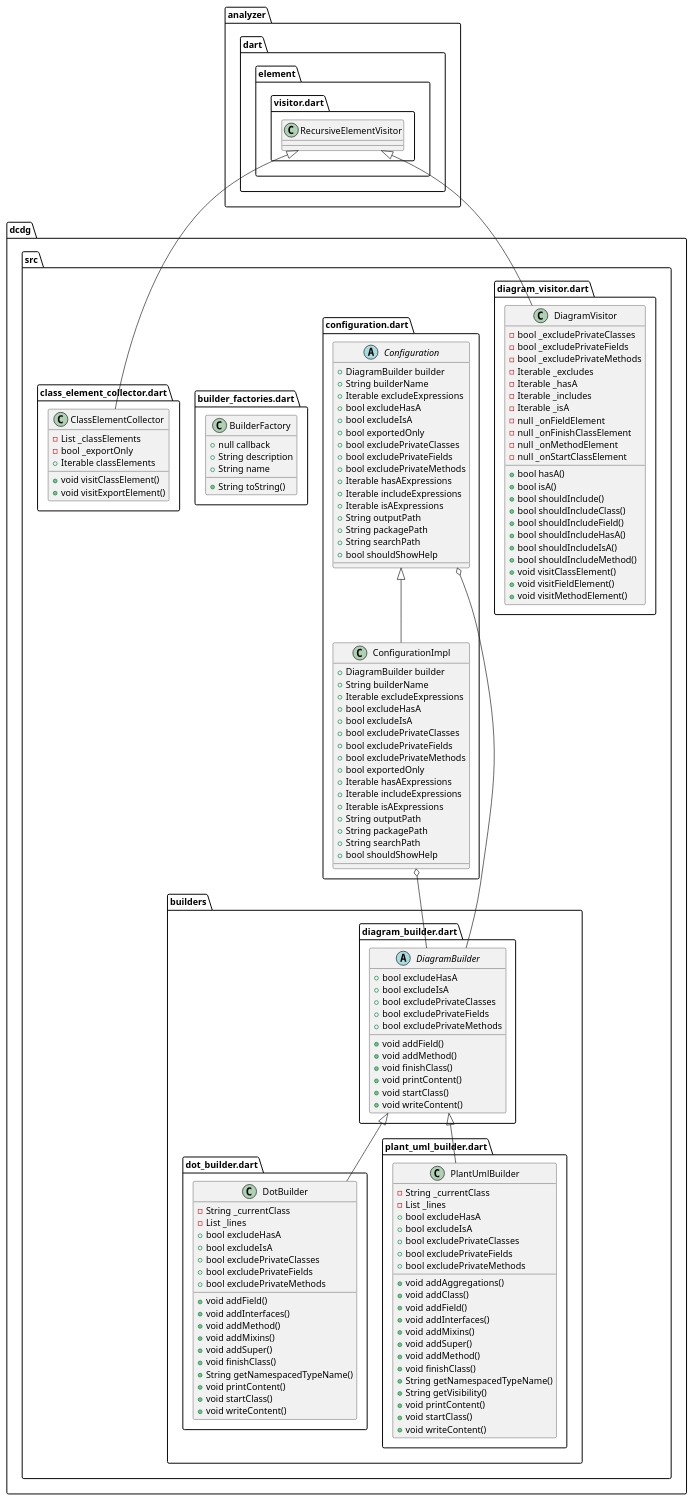
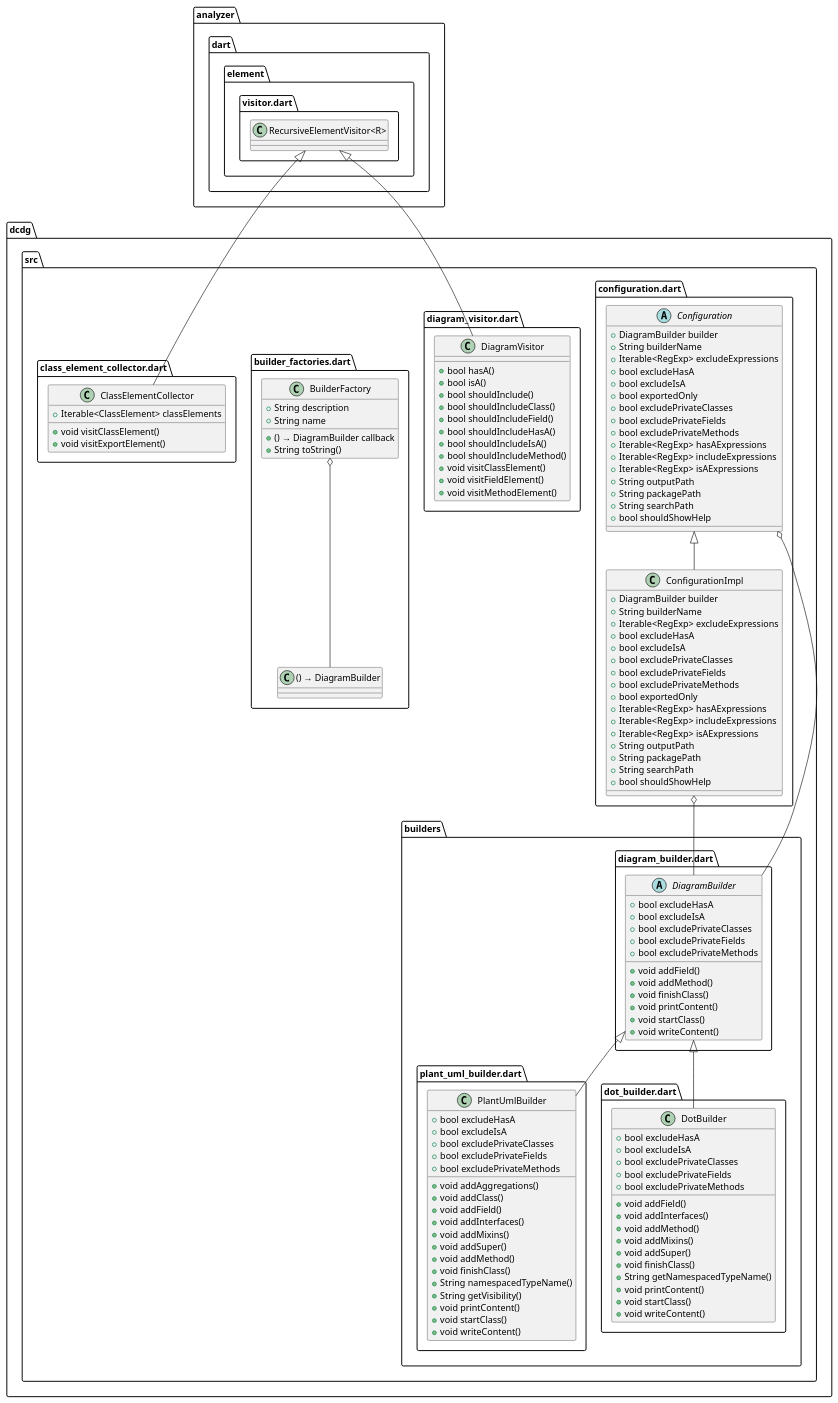
Before and after one commit to glesica/dcdg.dart: the diagram in example/dcdg.puml, drawn with PlantUML. The commit also changed 4 other files, not shown here.

```diff
--- a/example/dcdg.puml
+++ b/example/dcdg.puml
@@ -1,162 +1,146 @@
 @startuml
 set namespaceSeparator ::
 
-class dcdg::src::diagram_visitor.dart::DiagramVisitor {
-  -bool _excludePrivateClasses
-  -bool _excludePrivateFields
-  -bool _excludePrivateMethods
-  -Iterable _excludes
-  -Iterable _hasA
-  -Iterable _includes
-  -Iterable _isA
-  -null _onFieldElement
-  -null _onFinishClassElement
-  -null _onMethodElement
-  -null _onStartClassElement
+abstract class "dcdg::src::configuration.dart::Configuration" {
+  +DiagramBuilder builder
+  +String builderName
+  +Iterable<RegExp> excludeExpressions
+  +bool excludeHasA
+  +bool excludeIsA
+  +bool exportedOnly
+  +bool excludePrivateClasses
+  +bool excludePrivateFields
+  +bool excludePrivateMethods
+  +Iterable<RegExp> hasAExpressions
+  +Iterable<RegExp> includeExpressions
+  +Iterable<RegExp> isAExpressions
+  +String outputPath
+  +String packagePath
+  +String searchPath
+  +bool shouldShowHelp
+}
+
+"dcdg::src::configuration.dart::Configuration" o-- "dcdg::src::builders::diagram_builder.dart::DiagramBuilder"
+
+
+class "dcdg::src::configuration.dart::ConfigurationImpl" {
+  +DiagramBuilder builder
+  +String builderName
+  +Iterable<RegExp> excludeExpressions
+  +bool excludeHasA
+  +bool excludeIsA
+  +bool excludePrivateClasses
+  +bool excludePrivateFields
+  +bool excludePrivateMethods
+  +bool exportedOnly
+  +Iterable<RegExp> hasAExpressions
+  +Iterable<RegExp> includeExpressions
+  +Iterable<RegExp> isAExpressions
+  +String outputPath
+  +String packagePath
+  +String searchPath
+  +bool shouldShowHelp
+}
+
+"dcdg::src::configuration.dart::Configuration" <|-- "dcdg::src::configuration.dart::ConfigurationImpl"
+"dcdg::src::configuration.dart::ConfigurationImpl" o-- "dcdg::src::builders::diagram_builder.dart::DiagramBuilder"
+
+
+class "dcdg::src::diagram_visitor.dart::DiagramVisitor" {
   +bool hasA()
   +bool isA()
   +bool shouldInclude()
   +bool shouldIncludeClass()
   +bool shouldIncludeField()
   +bool shouldIncludeHasA()
   +bool shouldIncludeIsA()
   +bool shouldIncludeMethod()
   +void visitClassElement()
   +void visitFieldElement()
   +void visitMethodElement()
 }
 
-analyzer::dart::element::visitor.dart::RecursiveElementVisitor <|-- dcdg::src::diagram_visitor.dart::DiagramVisitor
+"analyzer::dart::element::visitor.dart::RecursiveElementVisitor<R>" <|-- "dcdg::src::diagram_visitor.dart::DiagramVisitor"
 
 
-class dcdg::src::builders::dot_builder.dart::DotBuilder {
-  -String _currentClass
-  -List _lines
+class "dcdg::src::builders::plant_uml_builder.dart::PlantUmlBuilder" {
+  +bool excludeHasA
+  +bool excludeIsA
+  +bool excludePrivateClasses
+  +bool excludePrivateFields
+  +bool excludePrivateMethods
+  +void addAggregations()
+  +void addClass()
+  +void addField()
+  +void addInterfaces()
+  +void addMixins()
+  +void addSuper()
+  +void addMethod()
+  +void finishClass()
+  +String namespacedTypeName()
+  +String getVisibility()
+  +void printContent()
+  +void startClass()
+  +void writeContent()
+}
+
+"dcdg::src::builders::diagram_builder.dart::DiagramBuilder" <|-- "dcdg::src::builders::plant_uml_builder.dart::PlantUmlBuilder"
+
+
+class "dcdg::src::builders::dot_builder.dart::DotBuilder" {
   +bool excludeHasA
   +bool excludeIsA
   +bool excludePrivateClasses
   +bool excludePrivateFields
   +bool excludePrivateMethods
   +void addField()
   +void addInterfaces()
   +void addMethod()
   +void addMixins()
   +void addSuper()
   +void finishClass()
   +String getNamespacedTypeName()
   +void printContent()
   +void startClass()
   +void writeContent()
 }
 
-dcdg::src::builders::diagram_builder.dart::DiagramBuilder <|-- dcdg::src::builders::dot_builder.dart::DotBuilder
+"dcdg::src::builders::diagram_builder.dart::DiagramBuilder" <|-- "dcdg::src::builders::dot_builder.dart::DotBuilder"
 
 
-class dcdg::src::builders::plant_uml_builder.dart::PlantUmlBuilder {
-  -String _currentClass
-  -List _lines
-  +bool excludeHasA
-  +bool excludeIsA
-  +bool excludePrivateClasses
-  +bool excludePrivateFields
-  +bool excludePrivateMethods
-  +void addAggregations()
-  +void addClass()
-  +void addField()
-  +void addInterfaces()
-  +void addMixins()
-  +void addSuper()
-  +void addMethod()
-  +void finishClass()
-  +String getNamespacedTypeName()
-  +String getVisibility()
-  +void printContent()
-  +void startClass()
-  +void writeContent()
-}
-
-dcdg::src::builders::diagram_builder.dart::DiagramBuilder <|-- dcdg::src::builders::plant_uml_builder.dart::PlantUmlBuilder
-
-
-abstract class dcdg::src::builders::diagram_builder.dart::DiagramBuilder {
+abstract class "dcdg::src::builders::diagram_builder.dart::DiagramBuilder" {
   +bool excludeHasA
   +bool excludeIsA
   +bool excludePrivateClasses
   +bool excludePrivateFields
   +bool excludePrivateMethods
   +void addField()
   +void addMethod()
   +void finishClass()
   +void printContent()
   +void startClass()
   +void writeContent()
 }
 
 
 
-abstract class dcdg::src::configuration.dart::Configuration {
-  +DiagramBuilder builder
-  +String builderName
-  +Iterable excludeExpressions
-  +bool excludeHasA
-  +bool excludeIsA
-  +bool exportedOnly
-  +bool excludePrivateClasses
-  +bool excludePrivateFields
-  +bool excludePrivateMethods
-  +Iterable hasAExpressions
-  +Iterable includeExpressions
-  +Iterable isAExpressions
-  +String outputPath
-  +String packagePath
-  +String searchPath
-  +bool shouldShowHelp
-}
-
-dcdg::src::configuration.dart::Configuration o-- dcdg::src::builders::diagram_builder.dart::DiagramBuilder
-
-
-class dcdg::src::configuration.dart::ConfigurationImpl {
-  +DiagramBuilder builder
-  +String builderName
-  +Iterable excludeExpressions
-  +bool excludeHasA
-  +bool excludeIsA
-  +bool excludePrivateClasses
-  +bool excludePrivateFields
-  +bool excludePrivateMethods
-  +bool exportedOnly
-  +Iterable hasAExpressions
-  +Iterable includeExpressions
-  +Iterable isAExpressions
-  +String outputPath
-  +String packagePath
-  +String searchPath
-  +bool shouldShowHelp
-}
-
-dcdg::src::configuration.dart::Configuration <|-- dcdg::src::configuration.dart::ConfigurationImpl
-dcdg::src::configuration.dart::ConfigurationImpl o-- dcdg::src::builders::diagram_builder.dart::DiagramBuilder
-
-
-class dcdg::src::builder_factories.dart::BuilderFactory {
-  +null callback
+class "dcdg::src::builder_factories.dart::BuilderFactory" {
+  +() → DiagramBuilder callback
   +String description
   +String name
   +String toString()
 }
 
+"dcdg::src::builder_factories.dart::BuilderFactory" o-- "dcdg::src::builder_factories.dart::() → DiagramBuilder"
 
 
-class dcdg::src::class_element_collector.dart::ClassElementCollector {
-  -List _classElements
-  -bool _exportOnly
-  +Iterable classElements
+class "dcdg::src::class_element_collector.dart::ClassElementCollector" {
+  +Iterable<ClassElement> classElements
   +void visitClassElement()
   +void visitExportElement()
 }
 
-analyzer::dart::element::visitor.dart::RecursiveElementVisitor <|-- dcdg::src::class_element_collector.dart::ClassElementCollector
+"analyzer::dart::element::visitor.dart::RecursiveElementVisitor<R>" <|-- "dcdg::src::class_element_collector.dart::ClassElementCollector"
 
 
 @enduml
```
